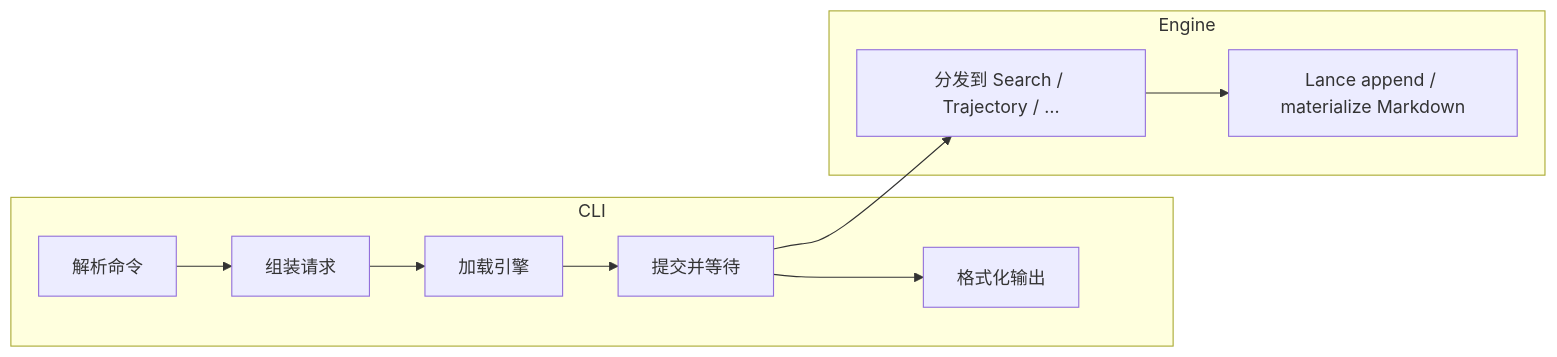
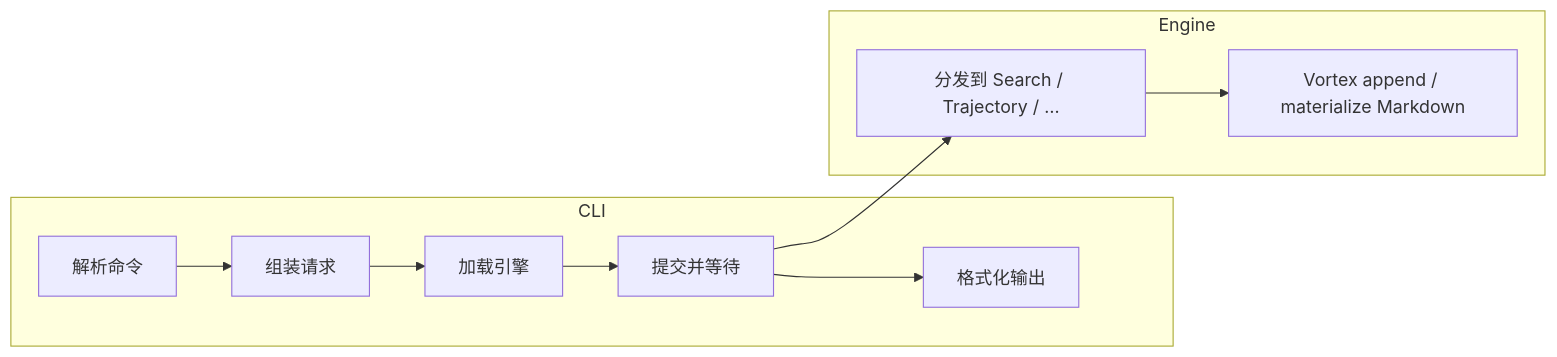
One commit to DeepLink-org/Persisting changed the diagram in docs/src/design/cli_architecture.zh.md. Above: the diagram before and after it, drawn with Mermaid. The commit also changed other lines of this file and 69 other files, not shown here.

First line of the commit message:
Refactor persisting-capture crate to replace Lance references with Vortex

````diff
--- a/docs/src/design/cli_architecture.zh.md
+++ b/docs/src/design/cli_architecture.zh.md
@@ -99,13 +100,13 @@
 ```mermaid
 flowchart LR
   subgraph CLI
     A[解析命令] --> B[组装请求]
     B --> C[加载引擎]
     C --> D[提交并等待]
     D --> E[格式化输出]
   end
   subgraph Engine
     D --> F[分发到 Search / Trajectory / …]
-    F --> G[Lance append / materialize Markdown]
+    F --> G[Vortex append / materialize Markdown]
   end
 ```
````
